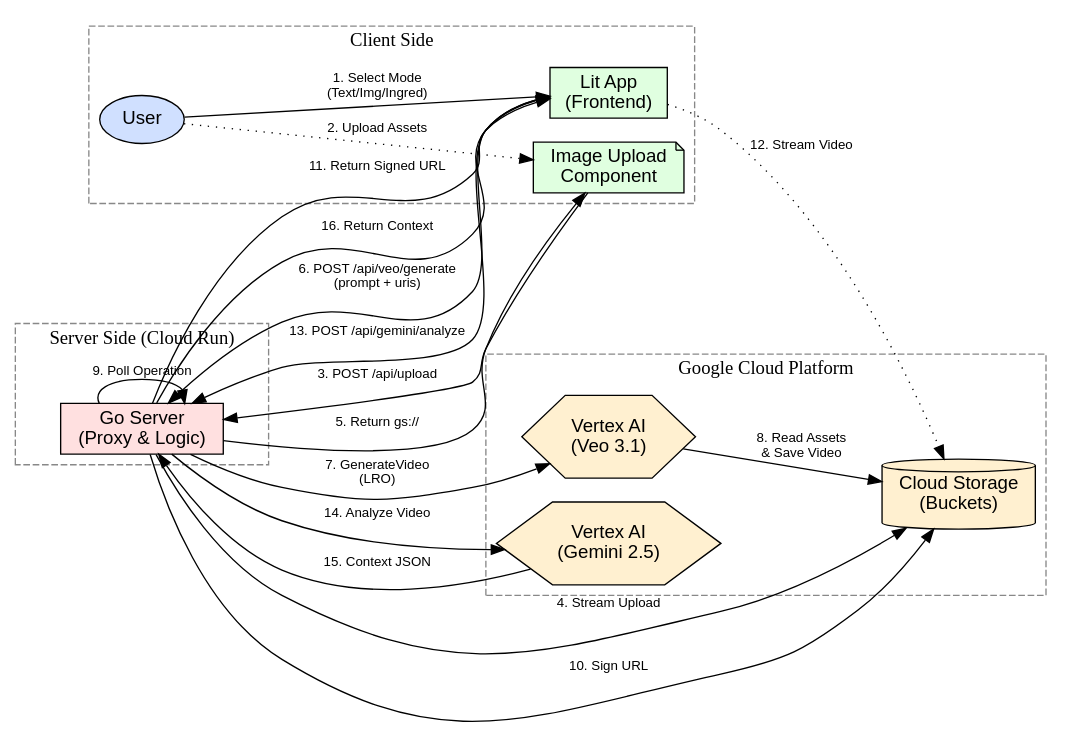
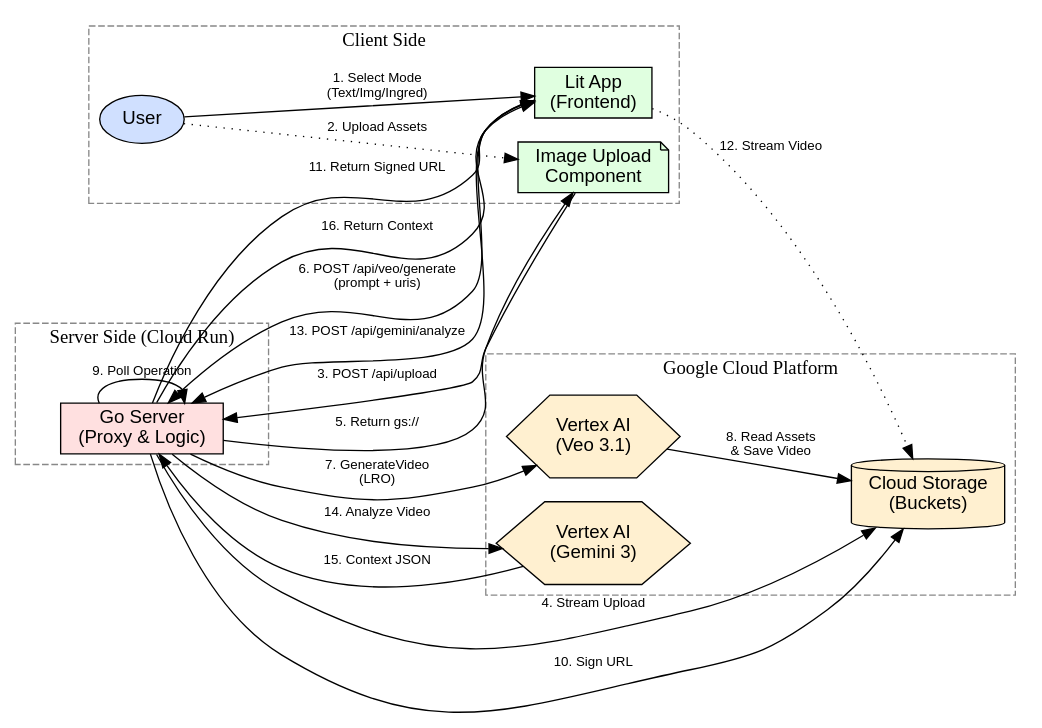
The diagram in experiments/run-veo-run/docs/architecture_interaction.dot (renovate-bot/GoogleCloudPlatform-_-vertex-ai-creative-studio), drawn with Graphviz before and after one commit. The commit also changed 11 other files, not shown here.

```diff
--- a/experiments/run-veo-run/docs/architecture_interaction.dot
+++ b/experiments/run-veo-run/docs/architecture_interaction.dot
@@ -1,58 +1,58 @@
 digraph ArchitectureInteraction {
     rankdir=LR;
     node [fontname="Helvetica", shape=box, style=filled, fillcolor="#f0f0f0"];
     edge [fontname="Helvetica", fontsize=10];
 
     subgraph cluster_client {
         label = "Client Side";
         style = dashed;
         color = "#888888";
         
         User [shape=ellipse, fillcolor="#d0e0ff", label="User"];
         Browser [label="Lit App\n(Frontend)", fillcolor="#e0ffe0"];
         ImageUpload [label="Image Upload\nComponent", shape=note, fillcolor="#e0ffe0"];
     }
 
     subgraph cluster_server {
         label = "Server Side (Cloud Run)";
         style = dashed;
         color = "#888888";
         
         Server [label="Go Server\n(Proxy & Logic)", fillcolor="#ffe0e0"];
     }
 
     subgraph cluster_gcp {
         label = "Google Cloud Platform";
         style = dashed;
         color = "#888888";
         
         VertexVeo [label="Vertex AI\n(Veo 3.1)", shape=hexagon, fillcolor="#fff0d0"];
-        VertexGemini [label="Vertex AI\n(Gemini 2.5)", shape=hexagon, fillcolor="#fff0d0"];
+        VertexGemini [label="Vertex AI\n(Gemini 3)", shape=hexagon, fillcolor="#fff0d0"];
         GCS [label="Cloud Storage\n(Buckets)", shape=cylinder, fillcolor="#fff0d0"];
     }
 
     // Interactions
     User -> Browser [label="1. Select Mode\n(Text/Img/Ingred)"];
     User -> ImageUpload [label="2. Upload Assets", style=dotted];
     ImageUpload -> Server [label="3. POST /api/upload"];
     Server -> GCS [label="4. Stream Upload"];
     Server -> ImageUpload [label="5. Return gs://"];
     
     // Generation Flow
     Browser -> Server [label="6. POST /api/veo/generate\n(prompt + uris)"];
     Server -> VertexVeo [label="7. GenerateVideo\n(LRO)"];
     VertexVeo -> GCS [label="8. Read Assets\n& Save Video"];
     Server -> Server [label="9. Poll Operation"];
     Server -> GCS [label="10. Sign URL"];
     Server -> Browser [label="11. Return Signed URL"];
     
     // Playback
     Browser -> GCS [label="12. Stream Video", style=dotted];
 
     // Continuity Flow
     Browser -> Server [label="13. POST /api/gemini/analyze"];
     Server -> VertexGemini [label="14. Analyze Video"];
     VertexGemini -> Server [label="15. Context JSON"];
     Server -> Browser [label="16. Return Context"];
 
 }
```
